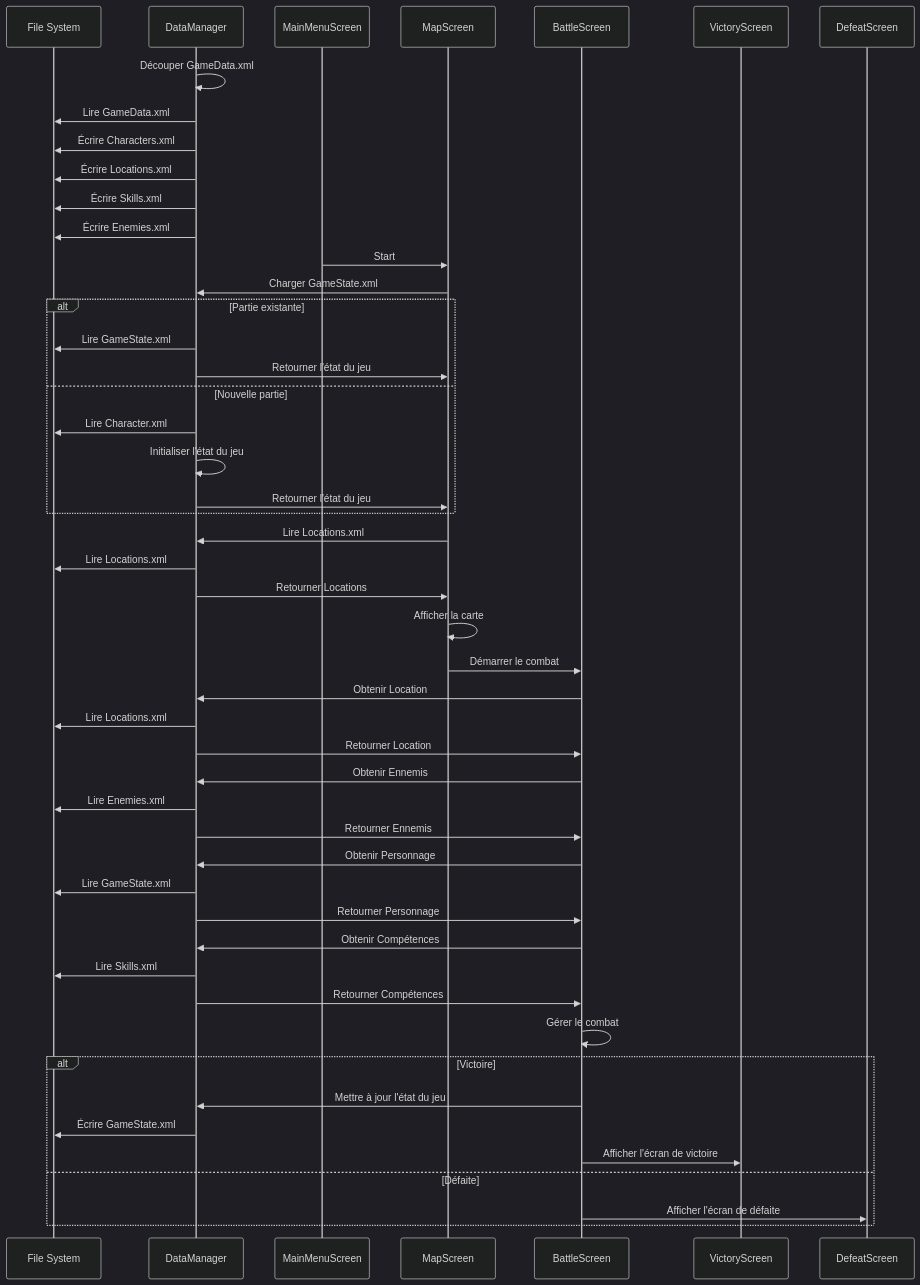
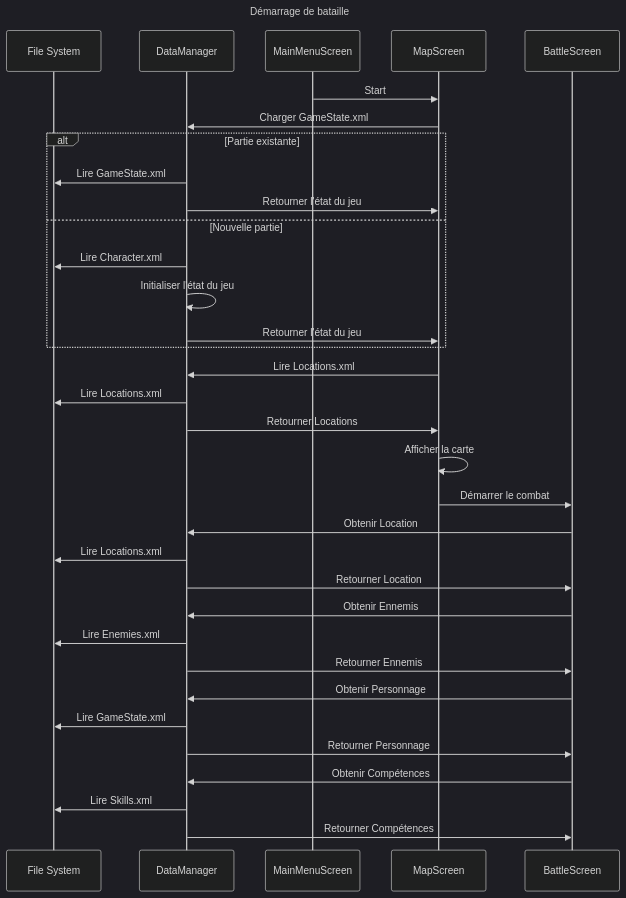
Before and after one commit to d0rich/EchoReborn: the second of 3 diagrams in docs/XML Utilisation.md, drawn with Mermaid (dark theme). The commit also changed other lines of this file and 1 other file, not shown here.

Commit message:
Update sequence

````diff
--- a/docs/XML Utilisation.md
+++ b/docs/XML Utilisation.md
@@ -3,59 +24,43 @@
 ```mermaid
 sequenceDiagram
+    title Démarrage de bataille
     participant FS as File System
     participant DM as DataManager
     participant MM as MainMenuScreen
     participant Map as MapScreen
     participant B as BattleScreen
-    participant V as VictoryScreen
-    participant D as DefeatScreen
-    
-    DM->>DM: Découper GameData.xml
-    DM->>FS: Lire GameData.xml
-    DM->>FS: Écrire Characters.xml
-    DM->>FS: Écrire Locations.xml
-    DM->>FS: Écrire Skills.xml
-    DM->>FS: Écrire Enemies.xml
-    
+
+
     MM->>Map: Start
-    
+
     Map->>DM: Charger GameState.xml
     alt Partie existante
         DM->>FS: Lire GameState.xml
         DM->>Map: Retourner l'état du jeu
     else Nouvelle partie
         DM->>FS: Lire Character.xml
         DM->>DM: Initialiser l'état du jeu
         DM->>Map: Retourner l'état du jeu
     end
-    
+
     Map->>DM: Lire Locations.xml
     DM->>FS: Lire Locations.xml
     DM->>Map: Retourner Locations
     Map->>Map: Afficher la carte
-    
+
     Map->>B: Démarrer le combat
 
     B->>DM: Obtenir Location
     DM->>FS: Lire Locations.xml
     DM->>B: Retourner Location
     B->>DM: Obtenir Ennemis
     DM->>FS: Lire Enemies.xml
     DM->>B: Retourner Ennemis
     B->>DM: Obtenir Personnage
     DM->>FS: Lire GameState.xml
     DM->>B: Retourner Personnage
     B->>DM: Obtenir Compétences
     DM->>FS: Lire Skills.xml
     DM->>B: Retourner Compétences
-
-    B->>B: Gérer le combat
     
-    alt Victoire
-        B->>DM: Mettre à jour l'état du jeu
-        DM->>FS: Écrire GameState.xml
-        B->>V: Afficher l'écran de victoire
-    else Défaite
-        B->>D: Afficher l'écran de défaite
-    end
 ```
````
